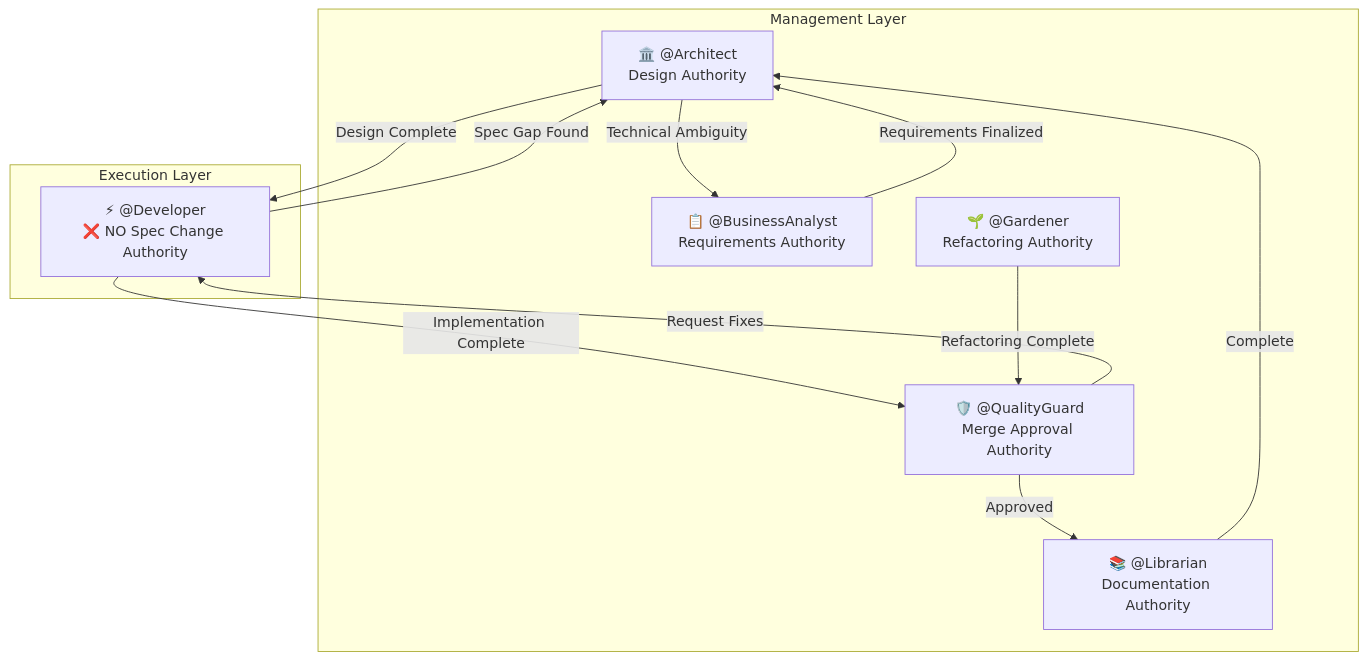
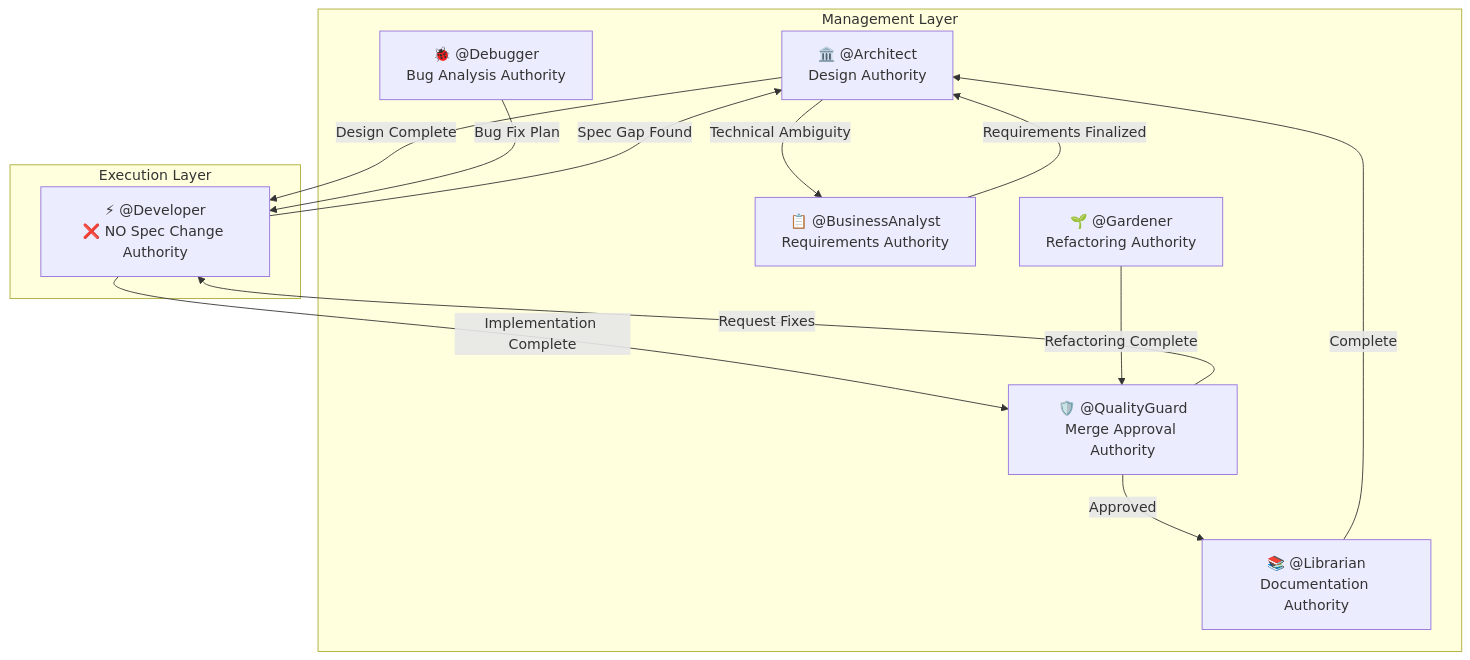
One commit to LongbowXXX/terraformer changed the second of 3 diagrams in agents-docs/architecture.md. Above: the diagram before and after it, drawn with Mermaid. The commit also changed other lines of this file and 5 other files, not shown here.

Commit message:
docs: Add initial documentation for agent architecture, coding conventions, constraints, directory structure, key flows, and testing.

````diff
--- a/agents-docs/architecture.md
+++ b/agents-docs/architecture.md
@@ -101,24 +109,26 @@
 ```mermaid
 graph TD
     subgraph "Management Layer"
         AR[🏛️ @Architect<br/>Design Authority]
         BA[📋 @BusinessAnalyst<br/>Requirements Authority]
         QG[🛡️ @QualityGuard<br/>Merge Approval Authority]
         LB[📚 @Librarian<br/>Documentation Authority]
         GD[🌱 @Gardener<br/>Refactoring Authority]
+        DB[🐞 @Debugger<br/>Bug Analysis Authority]
     end
 
     subgraph "Execution Layer"
         DV[⚡ @Developer<br/>❌ NO Spec Change Authority]
     end
 
     AR -->|Design Complete| DV
     DV -->|Spec Gap Found| AR
     BA -->|Requirements Finalized| AR
     AR -->|Technical Ambiguity| BA
     DV -->|Implementation Complete| QG
     QG -->|Request Fixes| DV
     QG -->|Approved| LB
     LB -->|Complete| AR
     GD -->|Refactoring Complete| QG
+    DB -->|Bug Fix Plan| DV
 ```
````
